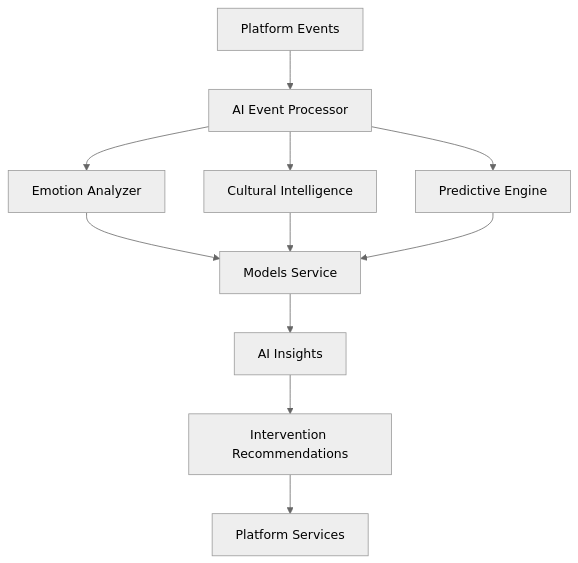
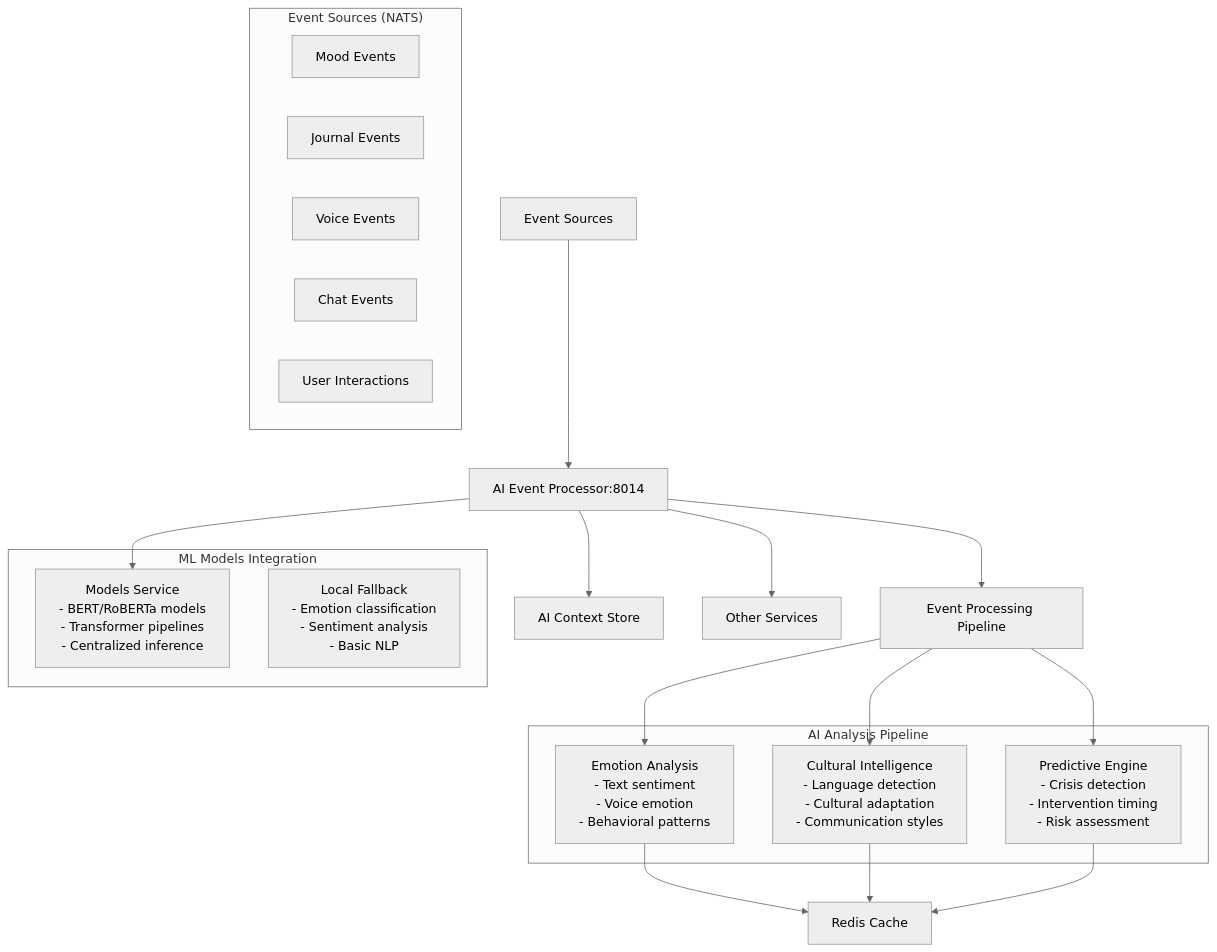
Before and after one commit to mantrapath-code/mantrapath: the first of 4 diagrams in backend/services/ai_event_processor/README.md, drawn with Mermaid (neutral theme). The commit also changed other lines of this file and 455 other files, not shown here.

````diff
--- a/backend/services/ai_event_processor/README.md
+++ b/backend/services/ai_event_processor/README.md
@@ -77,13 +55,36 @@
 ```mermaid
-graph TD
-    A[Platform Events] --> B[AI Event Processor]
-    B --> C[Emotion Analyzer]
-    B --> D[Cultural Intelligence]
-    B --> E[Predictive Engine]
-    C --> F[Models Service]
-    D --> F
-    E --> F
-    F --> G[AI Insights]
-    G --> H[Intervention Recommendations]
-    H --> I[Platform Services]
+graph TB
+    A[Event Sources] --> B[AI Event Processor:8014]
+    B --> C[Models Service:8080]
+    B --> D[Event Processing Pipeline]
+    
+    D --> E[Emotion Analyzer]
+    D --> F[Cultural Intelligence]
+    D --> G[Predictive Engine]
+    
+    E --> H[Redis Cache]
+    F --> H
+    G --> H
+    
+    B --> I[AI Context Store]
+    B --> J[Other Services]
+    
+    subgraph "Event Sources (NATS)"
+        K[Mood Events]
+        L[Journal Events]
+        M[Voice Events]
+        N[Chat Events]
+        O[User Interactions]
+    end
+    
+    subgraph "AI Analysis Pipeline"
+        E[Emotion Analysis<br/>- Text sentiment<br/>- Voice emotion<br/>- Behavioral patterns]
+        F[Cultural Intelligence<br/>- Language detection<br/>- Cultural adaptation<br/>- Communication styles]
+        G[Predictive Engine<br/>- Crisis detection<br/>- Intervention timing<br/>- Risk assessment]
+    end
+    
+    subgraph "ML Models Integration"
+        C[Models Service<br/>- BERT/RoBERTa models<br/>- Transformer pipelines<br/>- Centralized inference]
+        P[Local Fallback<br/>- Emotion classification<br/>- Sentiment analysis<br/>- Basic NLP]
+    end
 ```
````
